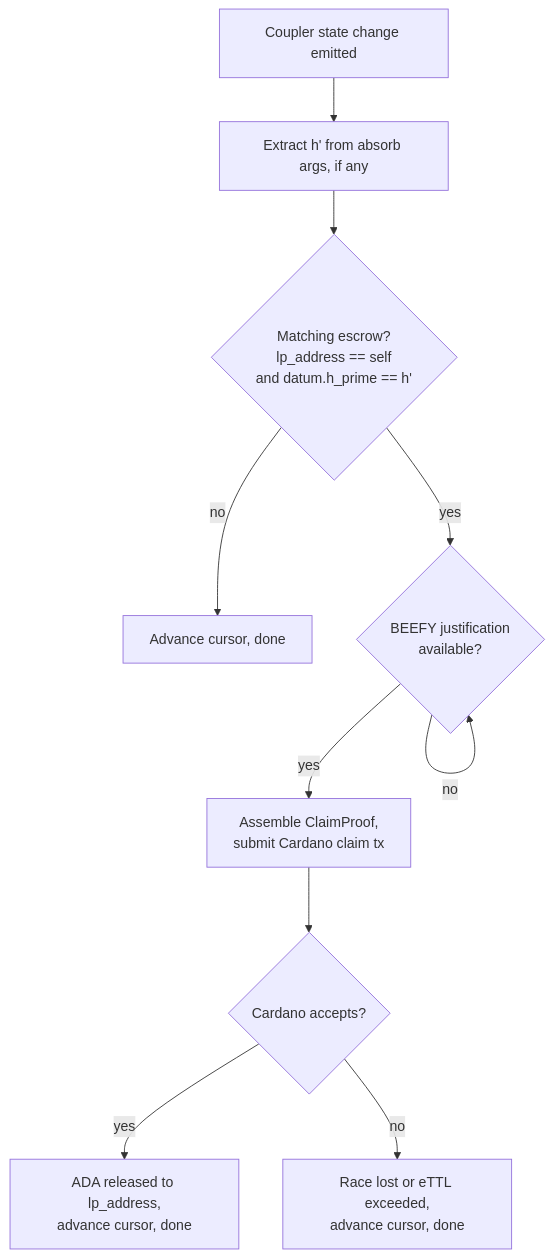
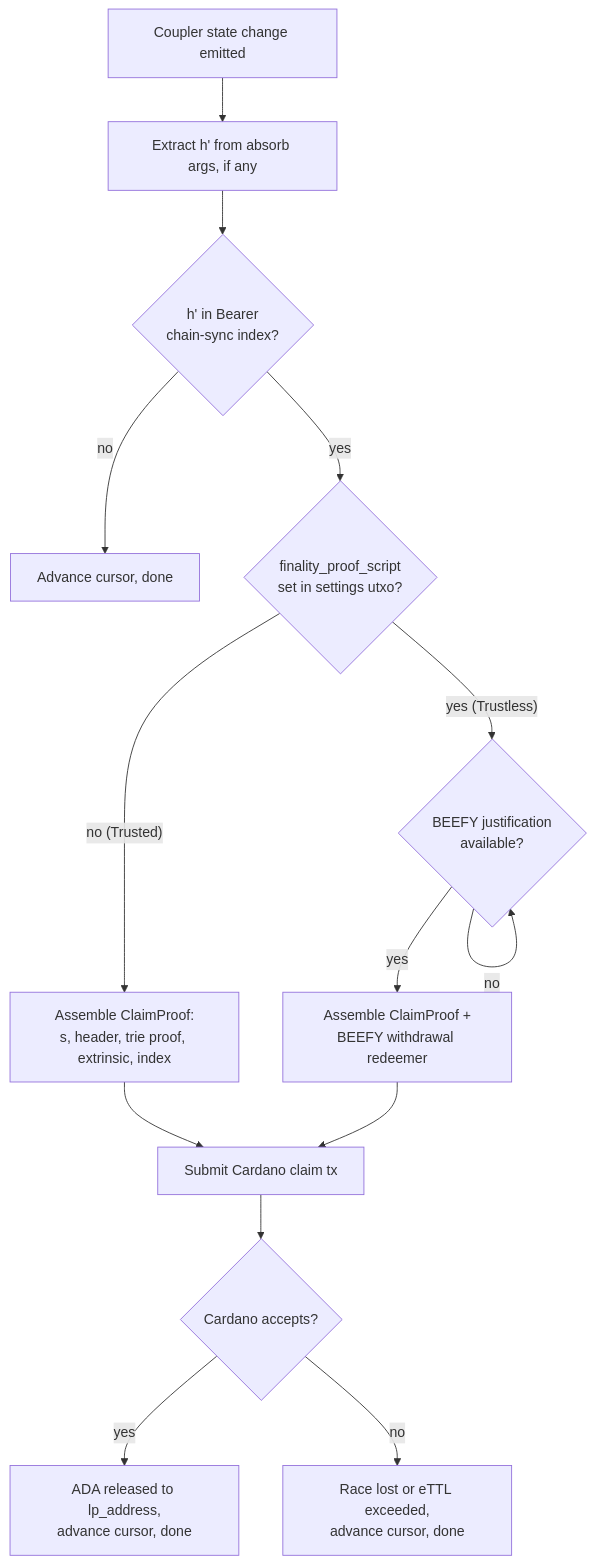
The second of 2 diagrams in packages/bridgeless-claim/docs/LP_INFRA.md (SundaeSwap-finance/capacity-exchange), drawn with Mermaid before and after one commit. The commit also changed other lines of this file and 3 other files, not shown here.

First line of the commit message:
docs(bridgeless-claim): phases + settings utxo

````diff
--- a/packages/bridgeless-claim/docs/LP_INFRA.md
+++ b/packages/bridgeless-claim/docs/LP_INFRA.md
@@ -102,12 +131,16 @@
 ```mermaid
 flowchart TD
     Event[Coupler state change emitted] --> Extract[Extract h' from absorb args, if any]
-    Extract --> Match{Matching escrow?<br/>lp_address == self<br/>and datum.h_prime == h'}
-    Match -->|no| Skip[Advance cursor, done]
-    Match -->|yes| Wait{BEEFY justification<br/>available?}
-    Wait -->|no| Wait
-    Wait -->|yes| Submit[Assemble ClaimProof,<br/>submit Cardano claim tx]
+    Extract --> Lookup{h' in Bearer<br/>chain-sync index?}
+    Lookup -->|no| Skip[Advance cursor, done]
+    Lookup -->|yes| Phase{finality_proof_script<br/>set in settings utxo?}
+    Phase -->|"no (Trusted)"| Assemble[Assemble ClaimProof:<br/>s, header, trie proof, extrinsic, index]
+    Phase -->|"yes (Trustless)"| WaitB{BEEFY justification<br/>available?}
+    WaitB -->|no| WaitB
+    WaitB -->|yes| AssembleC[Assemble ClaimProof +<br/>BEEFY withdrawal redeemer]
+    Assemble --> Submit[Submit Cardano claim tx]
+    AssembleC --> Submit
     Submit --> Confirm{Cardano accepts?}
     Confirm -->|yes| Claimed[ADA released to lp_address,<br/>advance cursor, done]
     Confirm -->|no| RaceLost[Race lost or eTTL exceeded,<br/>advance cursor, done]
 ```
````
